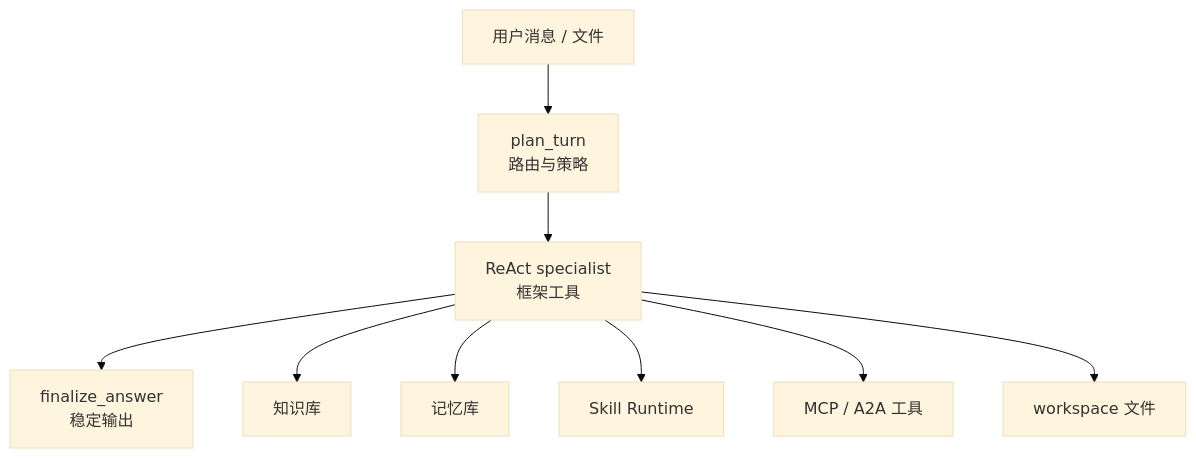
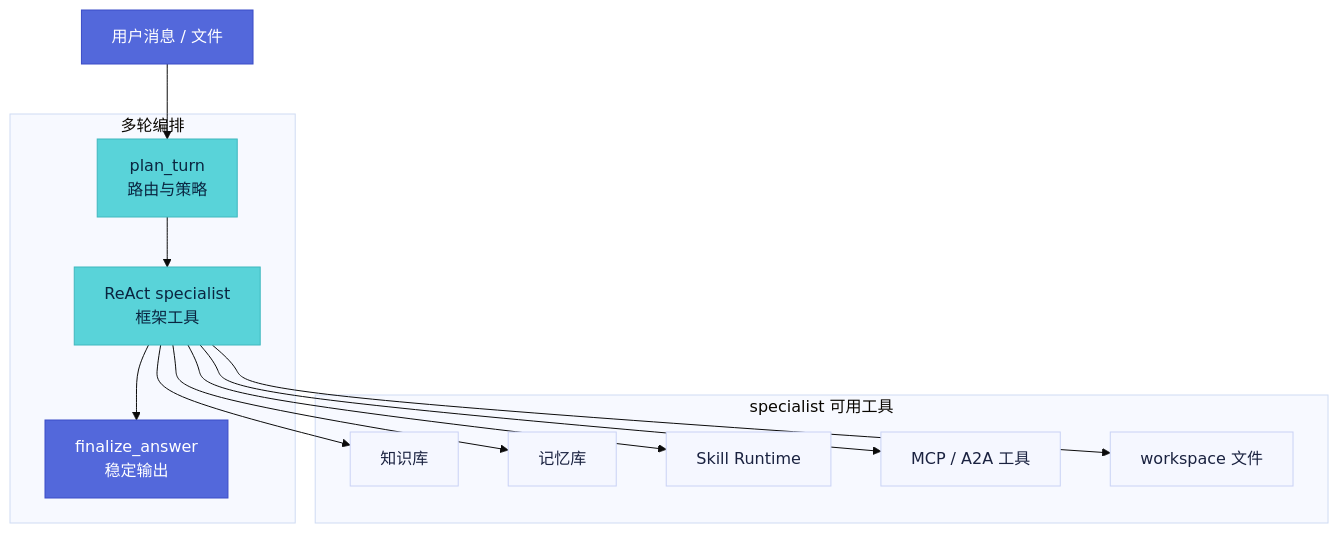
One commit to kingsoftcloud/ksadk-python changed the diagram in docs-site/content/docs/framework/guides/agent-best-practices.mdx. Above: the diagram before and after it, drawn with Mermaid (base theme). The commit also changed 33 other files, not shown here.

````diff
--- a/docs-site/content/docs/framework/guides/agent-best-practices.mdx
+++ b/docs-site/content/docs/framework/guides/agent-best-practices.mdx
@@ -15,11 +15,31 @@
 ```mermaid
 flowchart TD
   User["用户消息 / 文件"] --> Plan["plan_turn<br/>路由与策略"]
   Plan --> Specialist["ReAct specialist<br/>框架工具"]
   Specialist --> Final["finalize_answer<br/>稳定输出"]
   Specialist --> KB["知识库"]
   Specialist --> Mem["记忆库"]
   Specialist --> Skills["Skill Runtime"]
   Specialist --> MCP["MCP / A2A 工具"]
   Specialist --> Workspace["workspace 文件"]
+
+  subgraph flow["多轮编排"]
+    Plan
+    Specialist
+    Final
+  end
+  subgraph tools["specialist 可用工具"]
+    KB
+    Mem
+    Skills
+    MCP
+    Workspace
+  end
+
+  classDef brand fill:#5368db,stroke:#3b4cc7,color:#fff
+  classDef accent fill:#59d3d9,stroke:#3fb8be,color:#0a2540
+  classDef neutral fill:#f5f7ff,stroke:#c9d2f5,color:#1a2240
+  class User,Final brand
+  class Plan,Specialist accent
+  class KB,Mem,Skills,MCP,Workspace neutral
 ```
````
